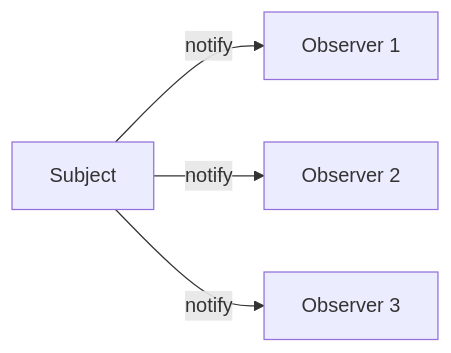
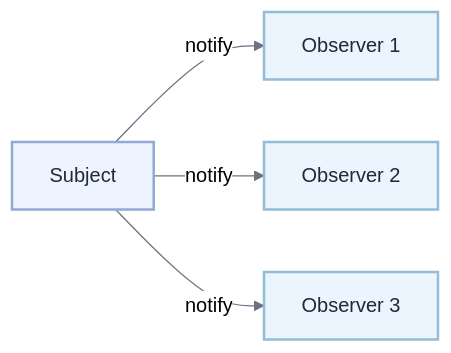
Diagram 11 of 16 in docs/interview/design-patterns.md (MishaSytch/middle_java_back), drawn with Mermaid before and after one commit. The commit also changed other lines of this file and 15 other files, not shown here.

````diff
--- a/docs/interview/design-patterns.md
+++ b/docs/interview/design-patterns.md
@@ -218,6 +348,13 @@
 ```mermaid
+%%{init: { 'theme': 'neutral', 'themeVariables': { 'primaryColor': '#ffffff', 'primaryTextColor': '#1f2937', 'lineColor': '#6b7280', 'primaryBorderColor': '#d1d5db', 'secondaryColor': '#f3f4f6', 'tertiaryColor': '#e5e7eb' } } }%%
 flowchart LR
     S[Subject] -->|notify| O1[Observer 1]
     S -->|notify| O2[Observer 2]
     S -->|notify| O3[Observer 3]
+    classDef n0 fill:#eef4ff,stroke:#93a8d4,stroke-width:2px,color:#1f2937
+    classDef n1 fill:#eaf5fd,stroke:#94bcd8,stroke-width:2px,color:#1f2937
+    class S n0
+    class O1 n1
+    class O2 n1
+    class O3 n1
 ```
````
